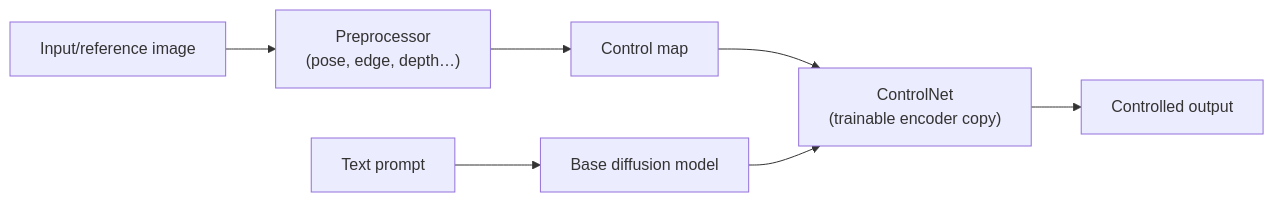
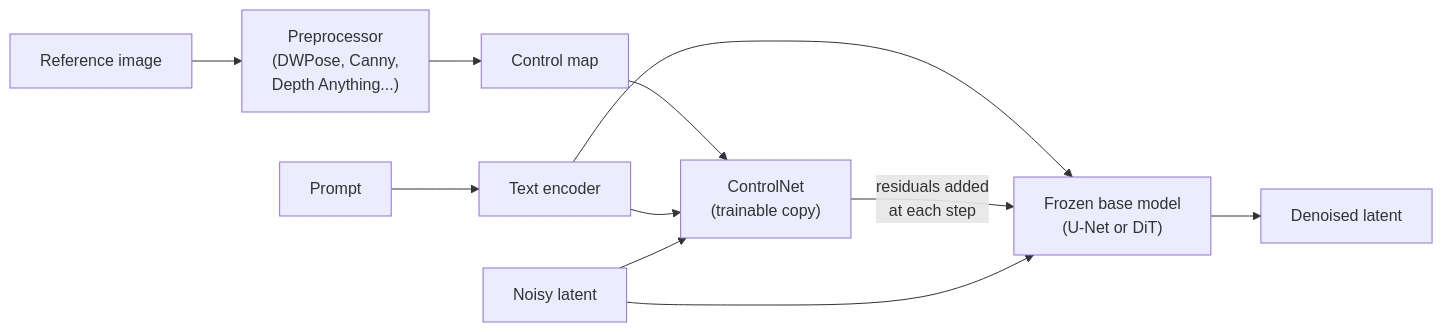
Before and after one commit to AndrewAltimit/Documentation: the first of 3 diagrams in github-pages/docs/ai-ml/controlnet.md, drawn with Mermaid. The commit also changed other lines of this file and 240 other files, not shown here.

````diff
--- a/github-pages/docs/ai-ml/controlnet.md
+++ b/github-pages/docs/ai-ml/controlnet.md
@@ -37,9 +26,13 @@
 ```mermaid
 flowchart LR
-    Ref["Input/reference image"] --> Pre["Preprocessor<br/>(pose, edge, depth…)"]
+    Ref["Reference image"] --> Pre["Preprocessor<br/>(DWPose, Canny,<br/>Depth Anything...)"]
     Pre --> Map["Control map"]
-    Prompt["Text prompt"] --> Base["Base diffusion model"]
-    Map --> CN["ControlNet<br/>(trainable encoder copy)"]
-    Base --> CN
-    CN --> Out["Controlled output"]
+    Map --> CN["ControlNet<br/>(trainable copy)"]
+    Prompt["Prompt"] --> Enc["Text encoder"]
+    Enc --> Base["Frozen base model<br/>(U-Net or DiT)"]
+    Enc --> CN
+    CN -->|"residuals added<br/>at each step"| Base
+    Noise["Noisy latent"] --> Base
+    Noise --> CN
+    Base --> Out["Denoised latent"]
 ```
````
